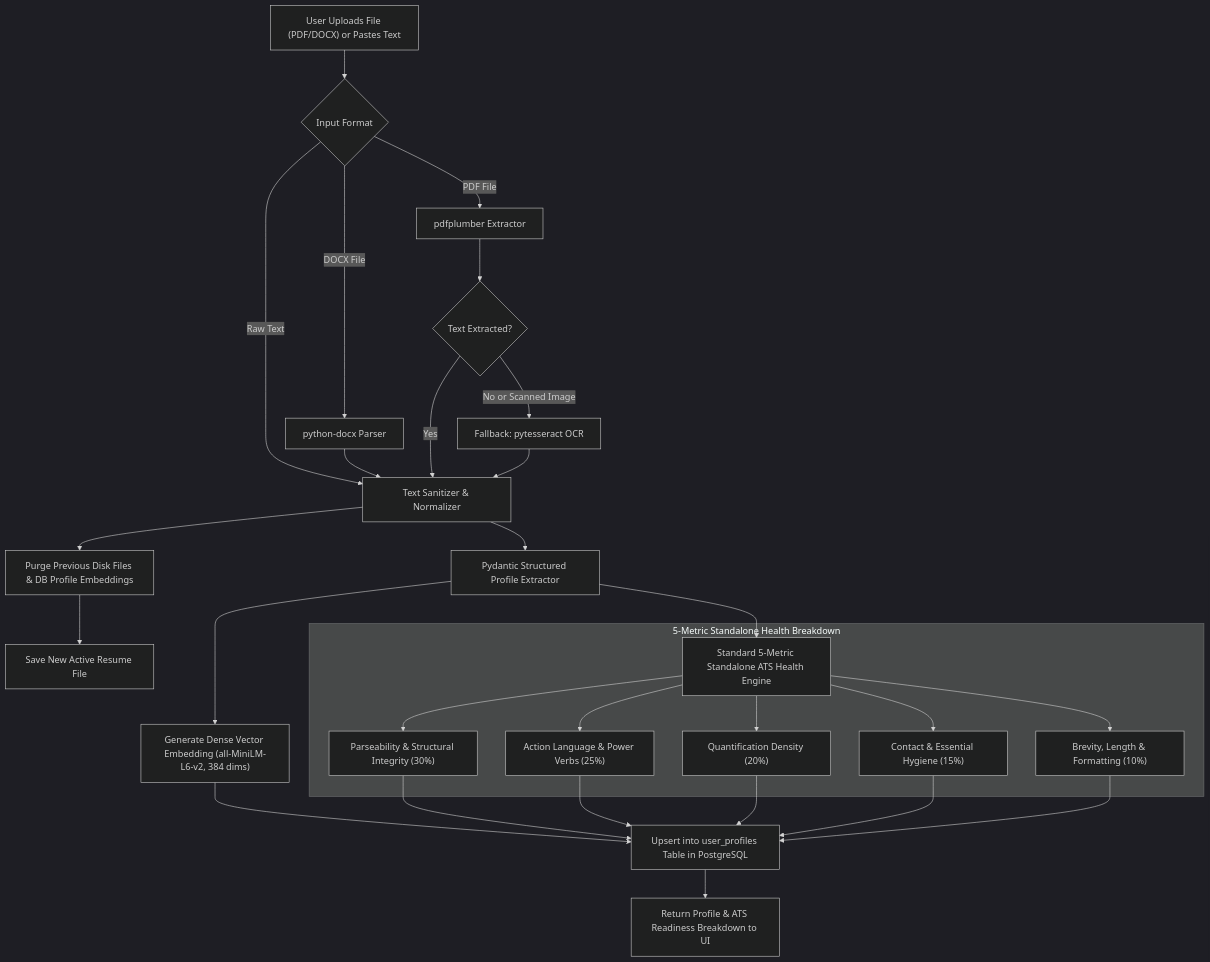
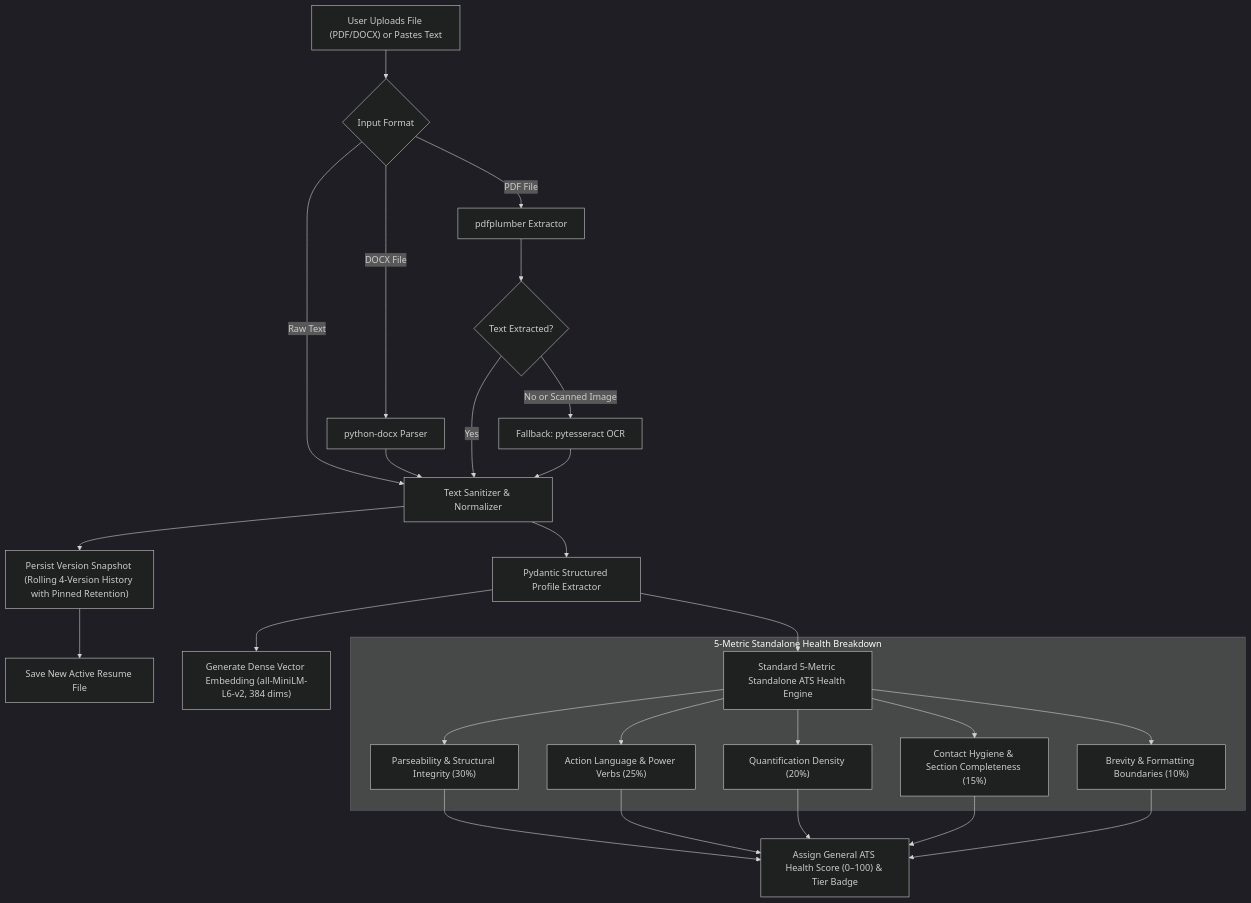
The third of 8 diagrams in docs/architecture_flowcharts.md (Mostafa710/career-copilot), drawn with Mermaid (dark theme) before and after one commit. The commit also changed other lines of this file and 4 other files, not shown here.

Commit message:
docs: update README, architecture flowcharts, schema, and implementation plan to reflect multi-key Groq, JSearch v2, and latest features

````diff
--- a/docs/architecture_flowcharts.md
+++ b/docs/architecture_flowcharts.md
@@ -78,32 +83,30 @@
 ```mermaid
 flowchart TD
     Upload["User Uploads File (PDF/DOCX) or Pastes Text"] --> CheckType{"Input Format"}
     
     CheckType -->|Raw Text| Sanitize["Text Sanitizer & Normalizer"]
     CheckType -->|DOCX File| DocxParser["python-docx Parser"] --> Sanitize
     CheckType -->|PDF File| PdfParser["pdfplumber Extractor"]
     
     PdfParser --> IsEmpty{"Text Extracted?"}
     IsEmpty -->|Yes| Sanitize
     IsEmpty -->|No or Scanned Image| OCR["Fallback: pytesseract OCR"] --> Sanitize
     
-    Sanitize --> DeleteOld["Purge Previous Disk Files & DB Profile Embeddings"]
-    DeleteOld --> SaveFile["Save New Active Resume File"]
+    Sanitize --> SaveVersion["Persist Version Snapshot (Rolling 4-Version History with Pinned Retention)"]
+    SaveVersion --> SaveFile["Save New Active Resume File"]
     
     Sanitize --> StructExt["Pydantic Structured Profile Extractor"]
     StructExt --> Vectorize["Generate Dense Vector Embedding (all-MiniLM-L6-v2, 384 dims)"]
     
     StructExt --> GenATS["Standard 5-Metric Standalone ATS Health Engine"]
     
     subgraph GenBreakdown ["5-Metric Standalone Health Breakdown"]
         GenATS --> C1["Parseability & Structural Integrity (30%)"]
         GenATS --> C2["Action Language & Power Verbs (25%)"]
         GenATS --> C3["Quantification Density (20%)"]
-        GenATS --> C4["Contact & Essential Hygiene (15%)"]
-        GenATS --> C5["Brevity, Length & Formatting (10%)"]
+        GenATS --> C4["Contact Hygiene & Section Completeness (15%)"]
+        GenATS --> C5["Brevity & Formatting Boundaries (10%)"]
     end
     
-    C1 & C2 & C3 & C4 & C5 --> SaveProfile["Upsert into user_profiles Table in PostgreSQL"]
-    Vectorize --> SaveProfile
-    SaveProfile --> ReturnGenReport["Return Profile & ATS Readiness Breakdown to UI"]
+    C1 & C2 & C3 & C4 & C5 --> FinalStandalone["Assign General ATS Health Score (0–100) & Tier Badge"]
 ```
````
